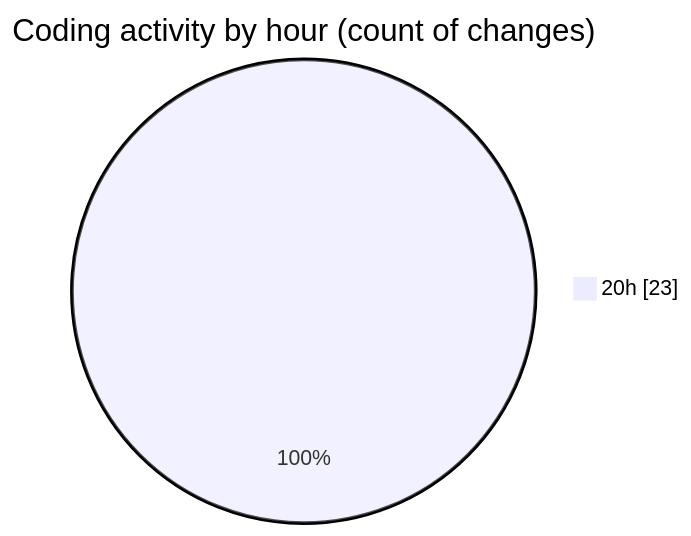
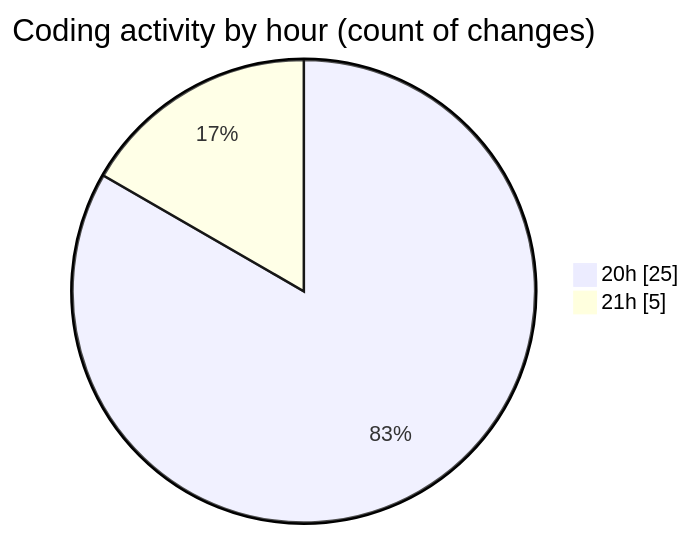
The second of 2 diagrams in 2025-10-07/skintrack/README.md (Netris89/code-tracking), drawn with Mermaid before and after one commit. The commit also changed other lines of this file and 1 other file, not shown here.

````diff
--- a/2025-10-07/skintrack/README.md
+++ b/2025-10-07/skintrack/README.md
@@ -31,5 +31,6 @@
 ```mermaid
 pie showData
 title Coding activity by hour (count of changes)
-"20h" : 23
+"20h" : 25
+"21h" : 5
 ```
````
